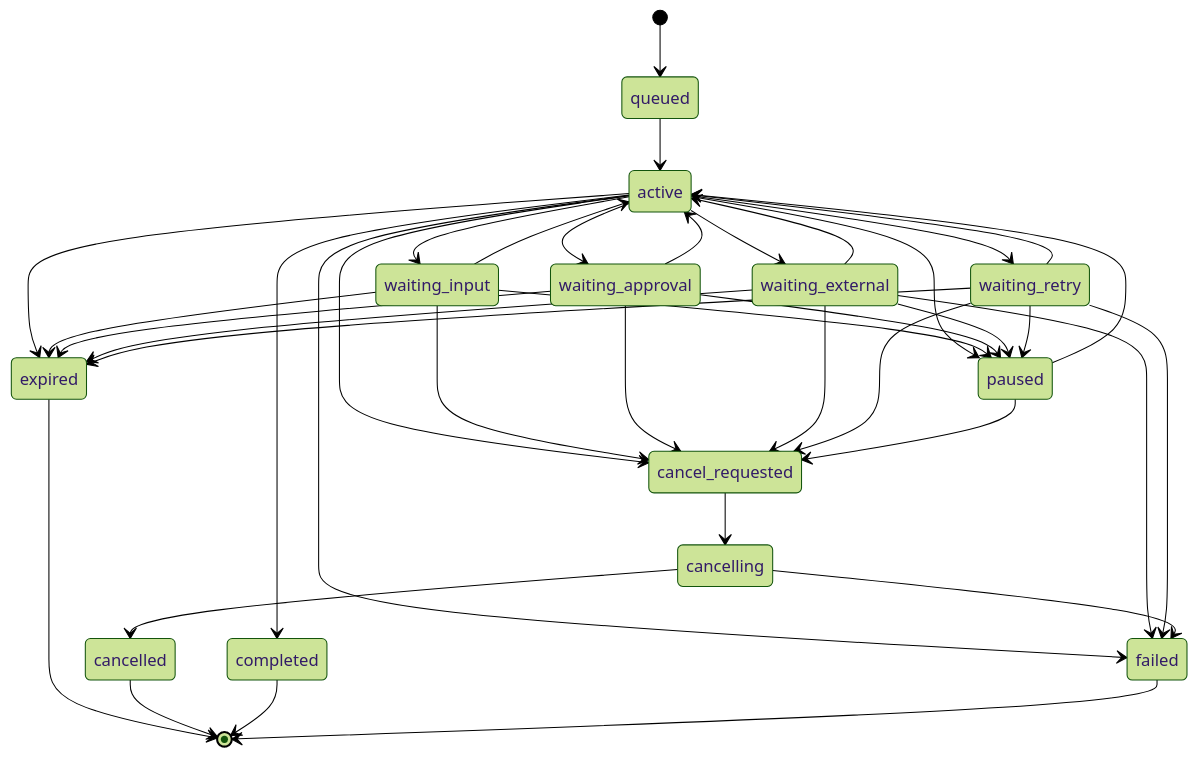
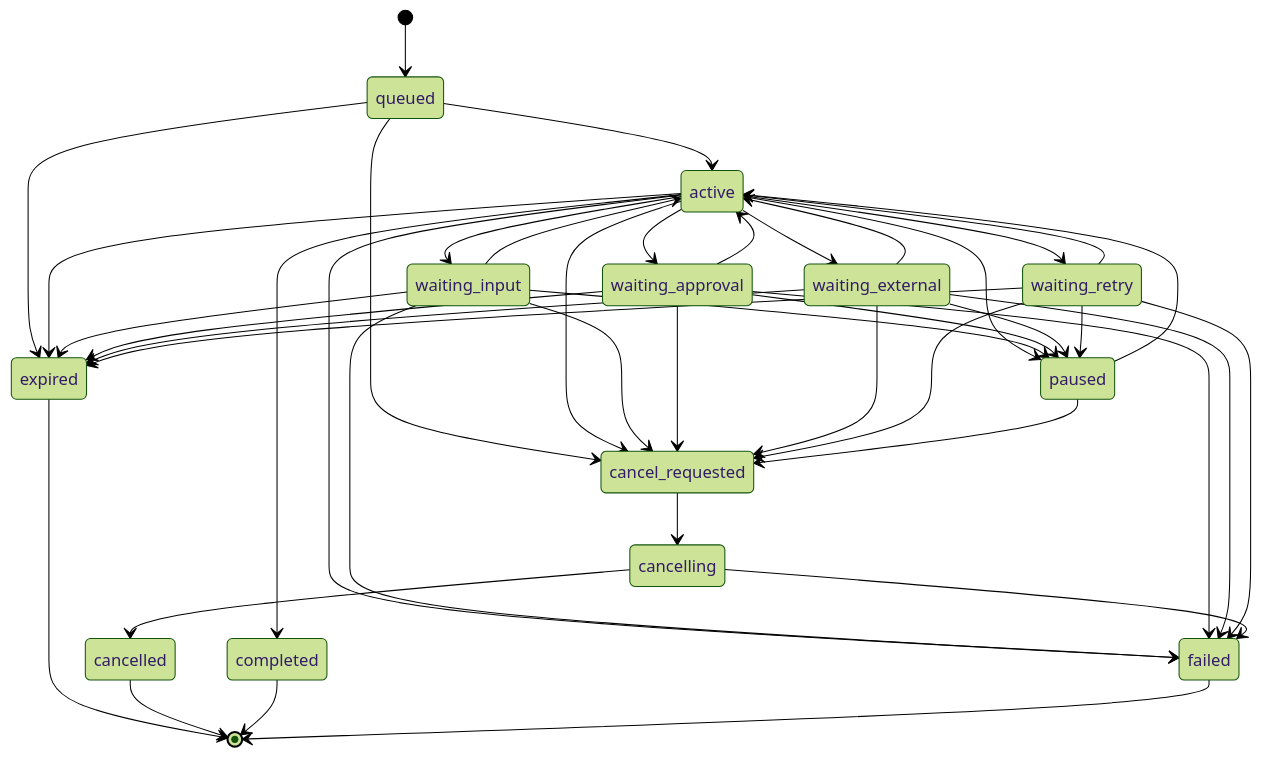
Before and after one commit to Carlehyy/OpenOntology: the diagram in docs/architecture/super-assistant-execution-model.md, drawn with Mermaid (forest theme). The commit also changed other lines of this file and 7 other files, not shown here.

Commit message:
docs: incorporate independent architecture review

````diff
--- a/docs/architecture/super-assistant-execution-model.md
+++ b/docs/architecture/super-assistant-execution-model.md
@@ -25,41 +25,45 @@
 ```mermaid
 stateDiagram-v2
     [*] --> queued
     queued --> active
+    queued --> cancel_requested
+    queued --> expired
     active --> waiting_input
     active --> waiting_approval
     active --> waiting_external
     active --> waiting_retry
     active --> paused
     active --> cancel_requested
     active --> completed
     active --> failed
     waiting_input --> active
+    waiting_input --> failed
     waiting_approval --> active
+    waiting_approval --> failed
     waiting_external --> active
     waiting_retry --> active
     waiting_input --> paused
     waiting_approval --> paused
     waiting_external --> paused
     waiting_retry --> paused
     waiting_external --> failed
     waiting_retry --> failed
     waiting_input --> cancel_requested
     waiting_approval --> cancel_requested
     waiting_external --> cancel_requested
     waiting_retry --> cancel_requested
     paused --> active
     paused --> cancel_requested
     cancel_requested --> cancelling
     cancelling --> cancelled
     cancelling --> failed
     active --> expired
     waiting_input --> expired
     waiting_approval --> expired
     waiting_external --> expired
     waiting_retry --> expired
     expired --> [*]
     cancelled --> [*]
     completed --> [*]
     failed --> [*]
 ```
````
